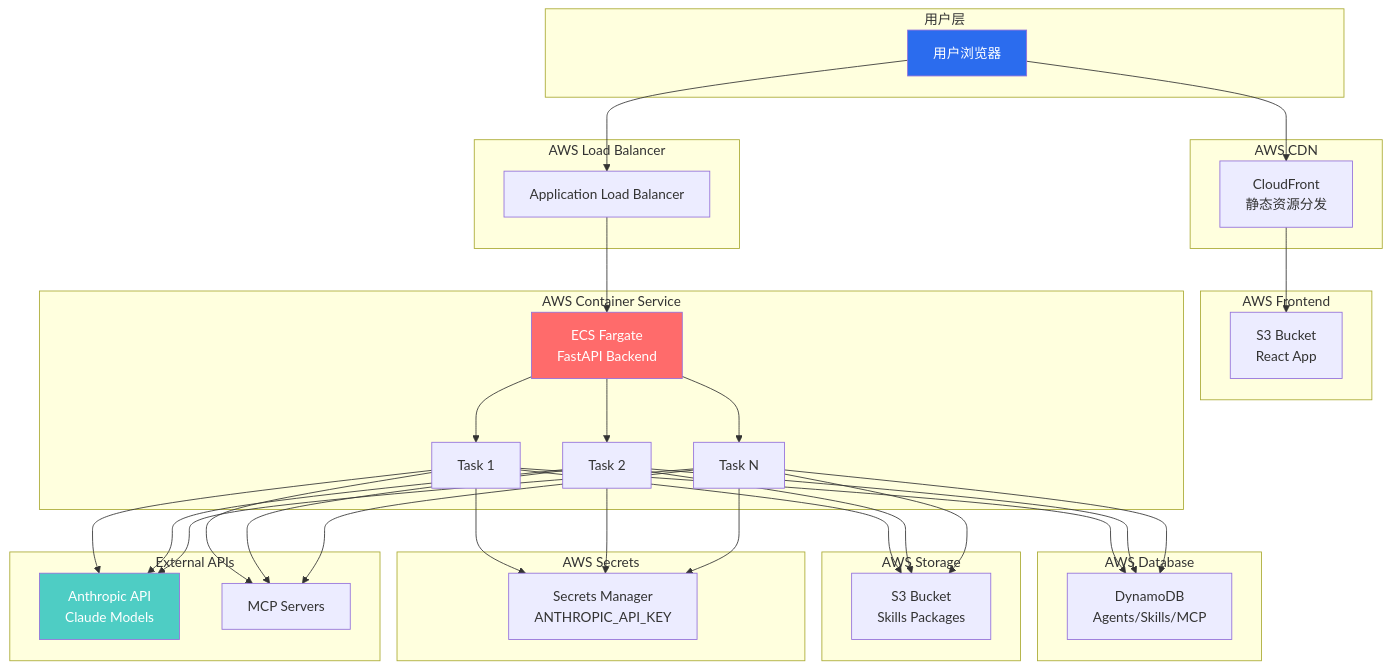
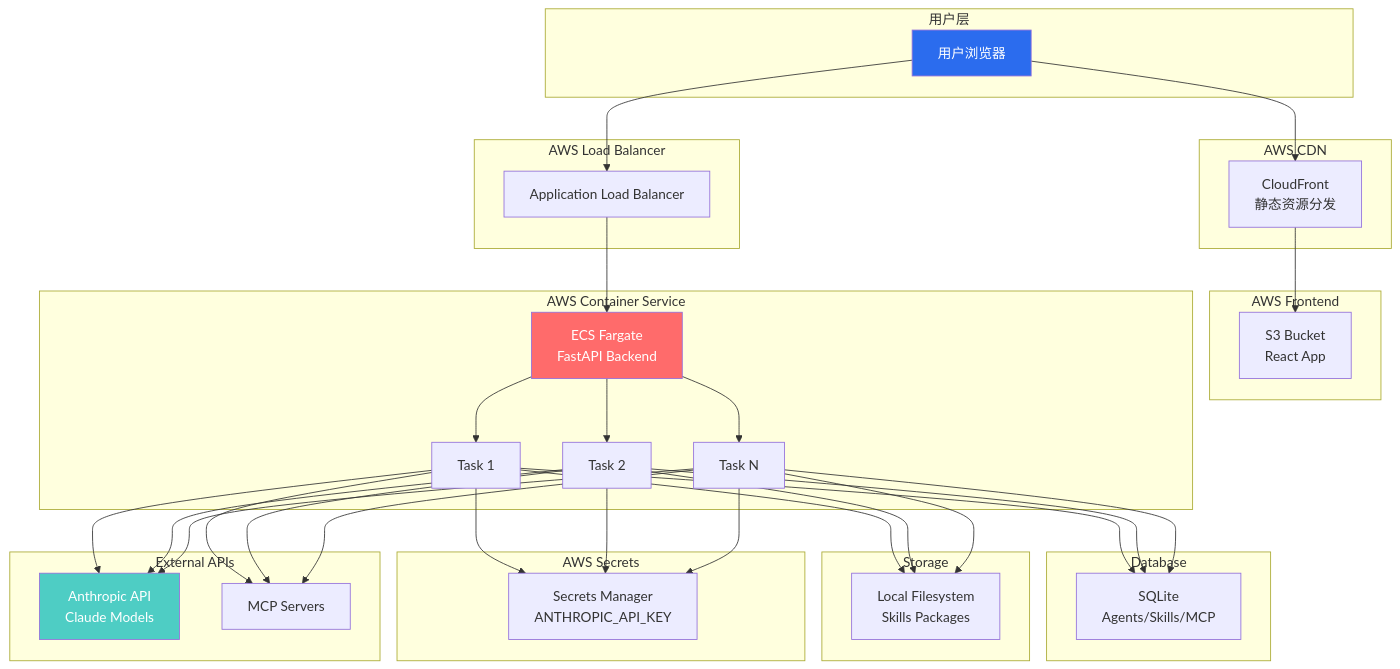
The tenth of 10 diagrams in FLOWCHARTS.md (xg-gh-25/SwarmAI), drawn with Mermaid before and after one commit. The commit also changed 22 other files, not shown here.

First line of the commit message:
feat: auto-populate agent skills from plugins + remove DynamoDB

````diff
--- a/FLOWCHARTS.md
+++ b/FLOWCHARTS.md
@@ -437,71 +437,71 @@
 ```mermaid
 graph TB
     subgraph "用户层"
         A[用户浏览器]
     end
 
     subgraph "AWS CDN"
         B[CloudFront<br/>静态资源分发]
     end
 
     subgraph "AWS Frontend"
         C[S3 Bucket<br/>React App]
     end
 
     subgraph "AWS Load Balancer"
         D[Application Load Balancer]
     end
 
     subgraph "AWS Container Service"
         E[ECS Fargate<br/>FastAPI Backend]
         E --> F[Task 1]
         E --> G[Task 2]
         E --> H[Task N]
     end
 
-    subgraph "AWS Database"
-        I[DynamoDB<br/>Agents/Skills/MCP]
+    subgraph "Database"
+        I[SQLite<br/>Agents/Skills/MCP]
     end
 
-    subgraph "AWS Storage"
-        J[S3 Bucket<br/>Skills Packages]
+    subgraph "Storage"
+        J[Local Filesystem<br/>Skills Packages]
     end
 
     subgraph "AWS Secrets"
         K[Secrets Manager<br/>ANTHROPIC_API_KEY]
     end
 
     subgraph "External APIs"
         L[Anthropic API<br/>Claude Models]
         M[MCP Servers]
     end
 
     A --> B
     B --> C
     A --> D
     D --> E
 
     F --> I
     G --> I
     H --> I
 
     F --> J
     G --> J
     H --> J
 
     F --> K
     G --> K
     H --> K
 
     F --> L
     G --> L
     H --> L
 
     F --> M
     G --> M
     H --> M
 
     style A fill:#2b6cee,color:#fff
     style E fill:#ff6b6b,color:#fff
     style L fill:#4ecdc4,color:#fff
 ```
````
